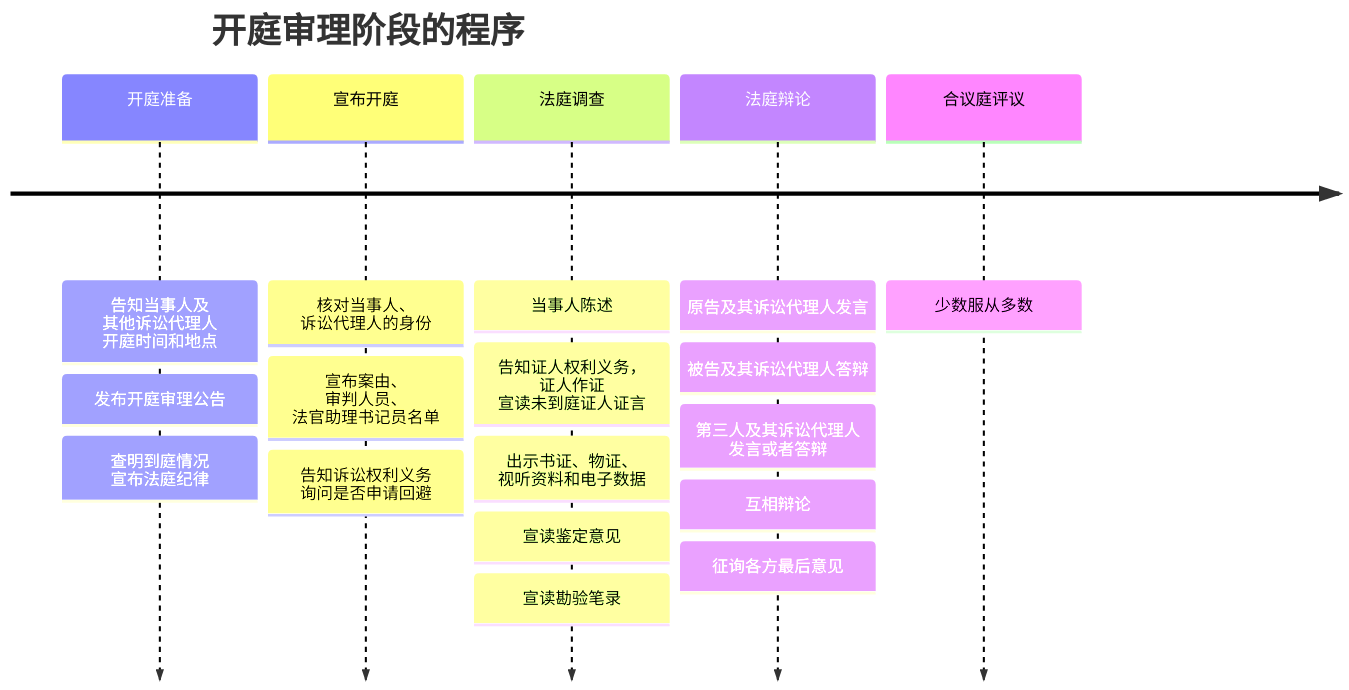
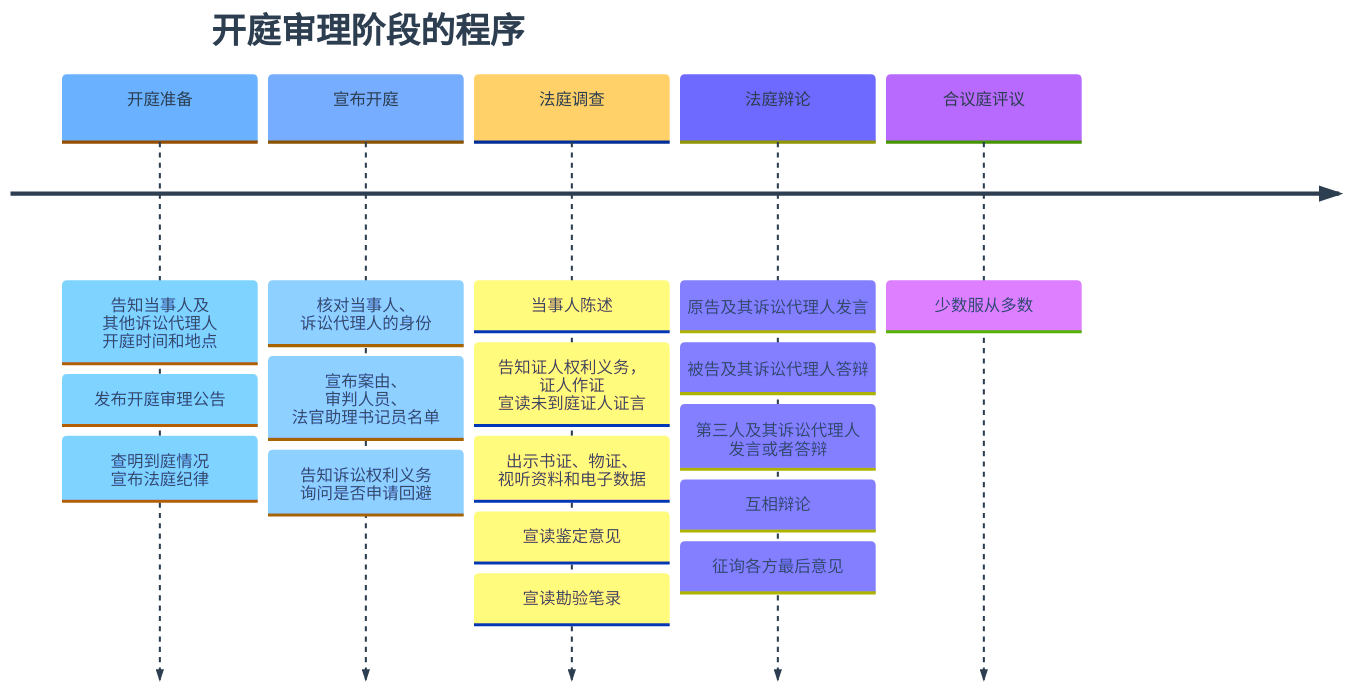
The eighth of 11 diagrams in content/法学/民商法/民事诉讼法/X 第一审普通程序.md (chilly-chilli/ChillyChilli), drawn with Mermaid before and after one commit. The commit also changed other lines of this file and 11 other files, not shown here.

````diff
--- a/content/法学/民商法/民事诉讼法/X 第一审普通程序.md
+++ b/content/法学/民商法/民事诉讼法/X 第一审普通程序.md
@@ -542,26 +542,40 @@
 ```mermaid
+%%{init: {
+  "theme": "base",
+  "themeVariables": {
+    "primaryColor": "#EAF4FF",
+    "primaryTextColor": "#2C3E50",
+    "primaryBorderColor": "#A8C7E6",
+    "lineColor": "#7FA6C9",
+    "secondaryColor": "#F5F9FF",
+    "tertiaryColor": "#FFF8E8",
+    "textColor": "#2C3E50",
+    "fontSize": "16px"
+  }
+}}%%
+
 timeline
     title 开庭审理阶段的程序
 
     开庭准备 : 告知当事人及<br>其他诉讼代理人<br>开庭时间和地点
              : 发布开庭审理公告
              : 查明到庭情况<br>宣布法庭纪律
 
     宣布开庭 : 核对当事人、<br>诉讼代理人的身份
-			 : 宣布案由、<br>审判人员、<br>法官助理书记员名单
-			 : 告知诉讼权利义务<br>询问是否申请回避
+             : 宣布案由、<br>审判人员、<br>法官助理书记员名单
+             : 告知诉讼权利义务<br>询问是否申请回避
 
     法庭调查 : 当事人陈述
              : 告知证人权利义务，<br>证人作证<br>宣读未到庭证人证言
              : 出示书证、物证、<br>视听资料和电子数据
              : 宣读鉴定意见
              : 宣读勘验笔录
 
     法庭辩论 : 原告及其诉讼代理人发言
              : 被告及其诉讼代理人答辩
              : 第三人及其诉讼代理人<br>发言或者答辩
              : 互相辩论
              : 征询各方最后意见
 
     合议庭评议 : 少数服从多数
 ```
````
